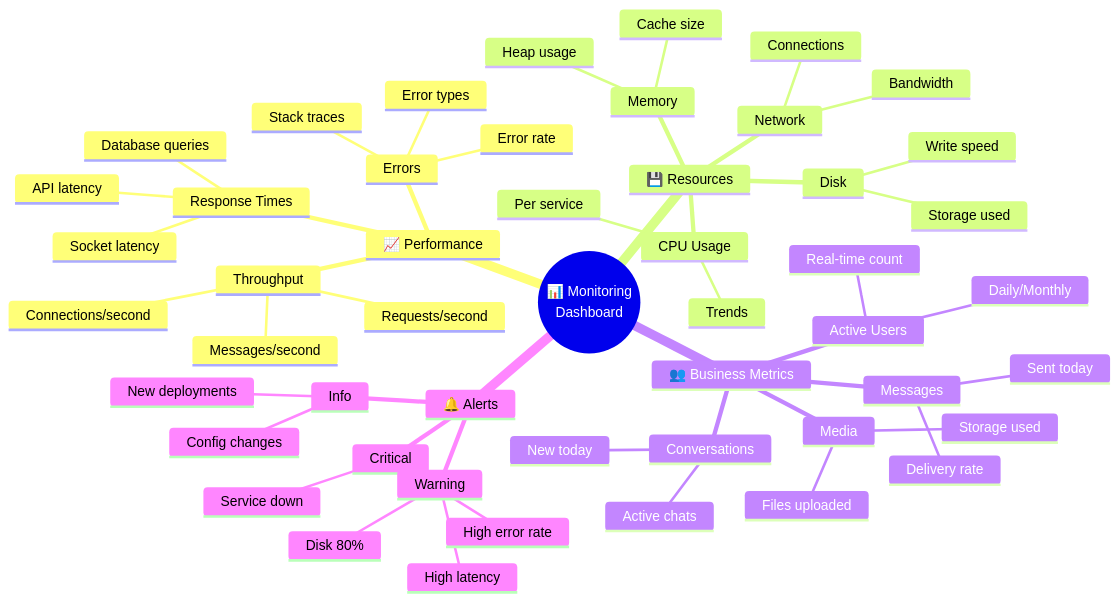
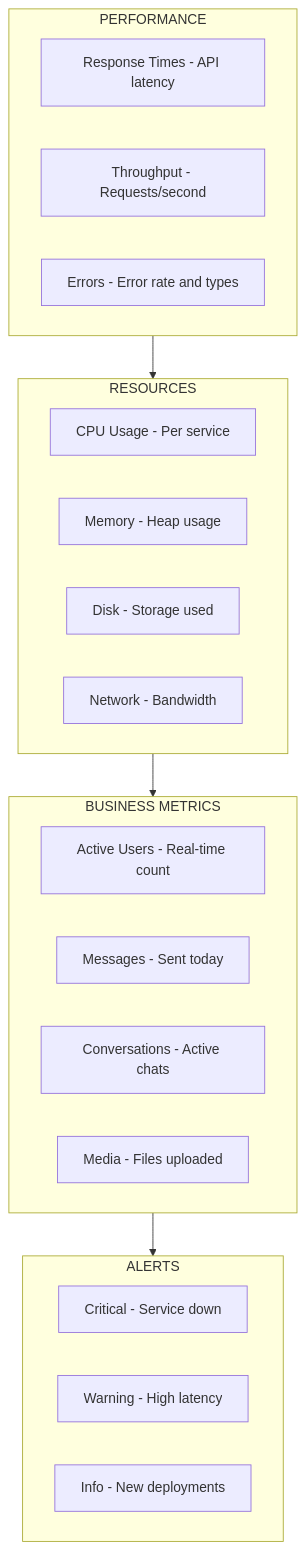
Before and after one commit to AtharvaBansod/CAAS: diagram 34 of 40 in docs/COMPLETE_PLATFORM_VISUAL_GUIDE.md, drawn with Mermaid. The commit also changed other lines of this file, not shown here.

````diff
--- a/docs/COMPLETE_PLATFORM_VISUAL_GUIDE.md
+++ b/docs/COMPLETE_PLATFORM_VISUAL_GUIDE.md
@@ -1370,57 +1402,30 @@
 ```mermaid
-mindmap
-  root((📊 Monitoring<br/>Dashboard))
+flowchart TB
+    subgraph Performance["PERFORMANCE"]
+        PERF1["Response Times - API latency"]
+        PERF2["Throughput - Requests/second"]
+        PERF3["Errors - Error rate and types"]
+    end
     
-    📈 Performance
-      Response Times
-        API latency
-        Socket latency
-        Database queries
-      Throughput
-        Requests/second
-        Messages/second
-        Connections/second
-      Errors
-        Error rate
-        Error types
-        Stack traces
+    subgraph Resources["RESOURCES"]
+        RES1["CPU Usage - Per service"]
+        RES2["Memory - Heap usage"]
+        RES3["Disk - Storage used"]
+        RES4["Network - Bandwidth"]
+    end
     
-    💾 Resources
-      CPU Usage
-        Per service
-        Trends
-      Memory
-        Heap usage
-        Cache size
-      Disk
-        Storage used
-        Write speed
-      Network
-        Bandwidth
-        Connections
+    subgraph Business["BUSINESS METRICS"]
+        BUS1["Active Users - Real-time count"]
+        BUS2["Messages - Sent today"]
+        BUS3["Conversations - Active chats"]
+        BUS4["Media - Files uploaded"]
+    end
     
-    👥 Business Metrics
-      Active Users
-        Real-time count
-        Daily/Monthly
-      Messages
-        Sent today
-        Delivery rate
-      Conversations
-        Active chats
-        New today
-      Media
-        Files uploaded
-        Storage used
+    subgraph Alerts["ALERTS"]
+        ALT1["Critical - Service down"]
+        ALT2["Warning - High latency"]
+        ALT3["Info - New deployments"]
+    end
     
-    🔔 Alerts
-      Critical
-        Service down
-        High error rate
-      Warning
-        High latency
-        Disk 80%
-      Info
-        New deployments
-        Config changes
+    Performance --> Resources --> Business --> Alerts
 ```
````
